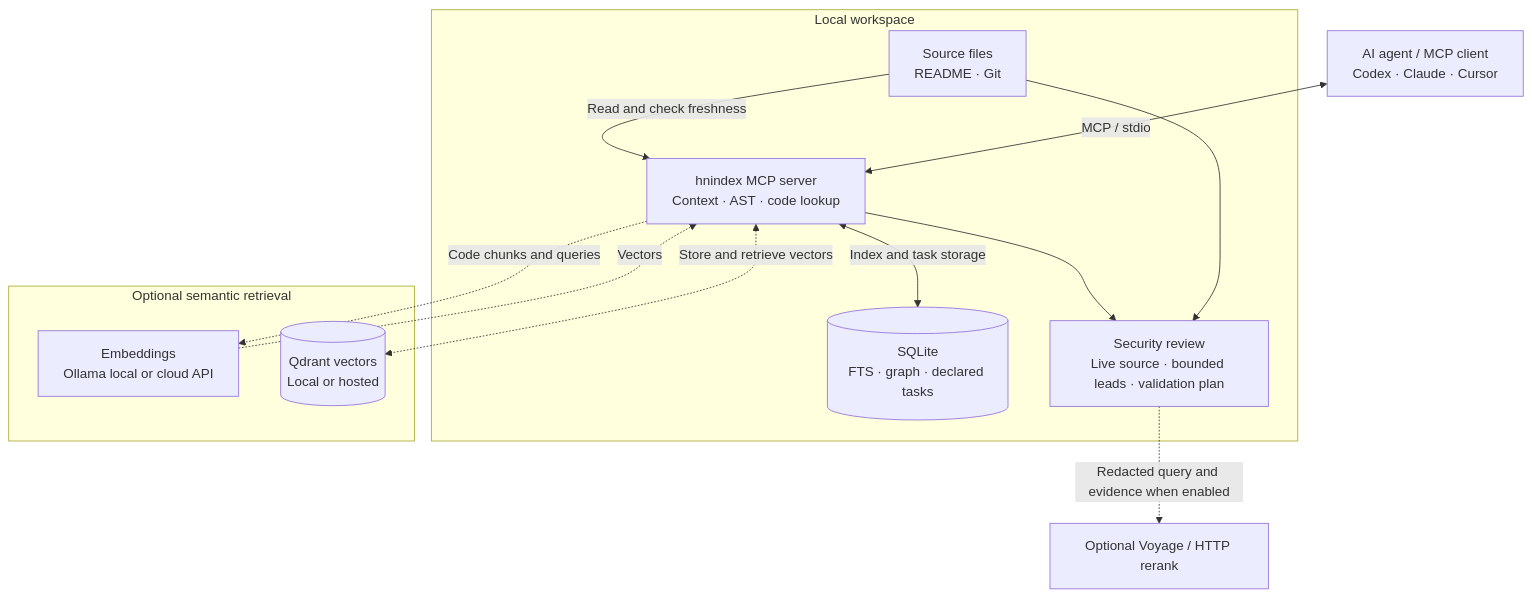
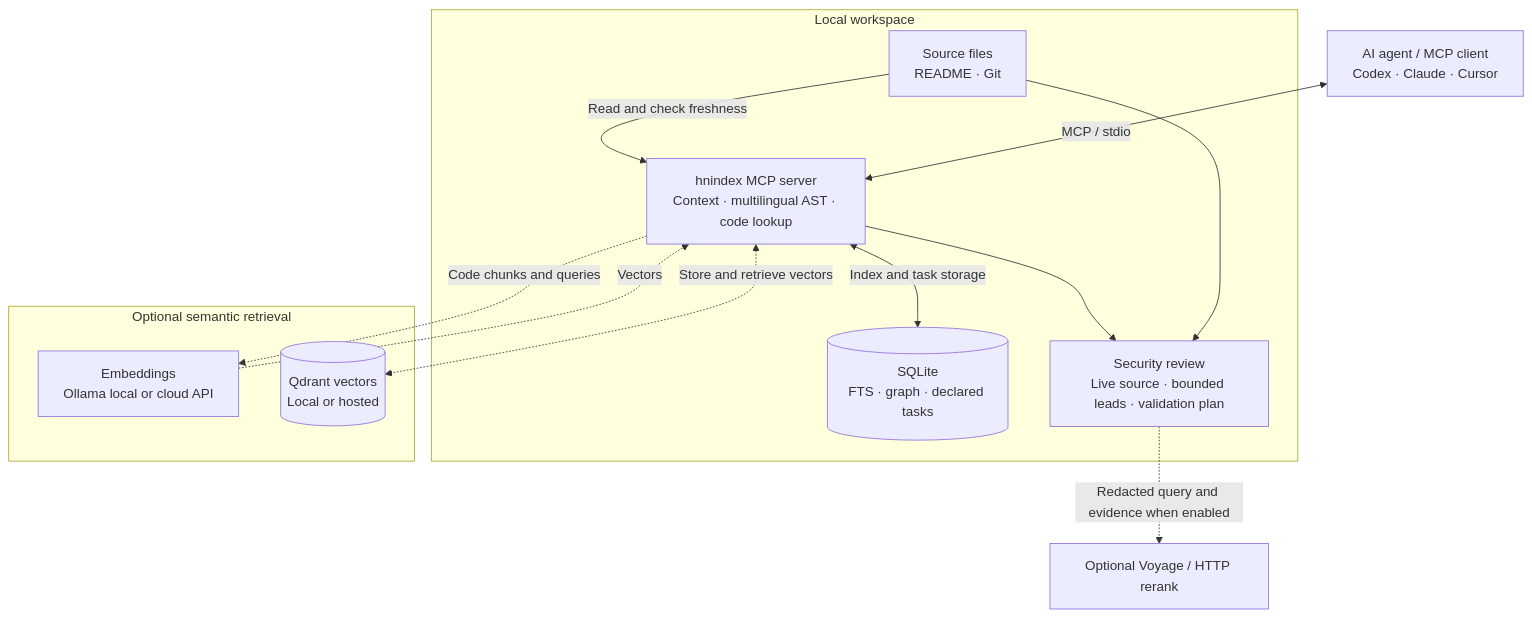
One commit to AndyAnh174/vibe-hnindex changed the first of 3 diagrams in docs/architecture.md. Above: the diagram before and after it, drawn with Mermaid. The commit also changed other lines of this file and 42 other files, not shown here.

Commit message:
feat: v0.16.1 multilingual AST code graph and release synchronization (#25)

````diff
--- a/docs/architecture.md
+++ b/docs/architecture.md
@@ -9,25 +9,25 @@
 ```mermaid
 flowchart TB
     accTitle: hnindex system architecture
     accDescr: An MCP agent calls a local hnindex server with workspace files and SQLite storage. Semantic retrieval optionally uses embeddings and Qdrant.
     agent_client["AI agent / MCP client<br/>Codex · Claude · Cursor"]
     subgraph local_workspace["Local workspace"]
-        hnindex_server["hnindex MCP server<br/>Context · AST · code lookup"]
+        hnindex_server["hnindex MCP server<br/>Context · multilingual AST · code lookup"]
         project_files["Source files<br/>README · Git"]
         sqlite_store[("SQLite<br/>FTS · graph · declared tasks")]
         security_review["Security review<br/>Live source · bounded leads · validation plan"]
         hnindex_server --> security_review
         project_files --> security_review
         project_files -->|Read and check freshness| hnindex_server
         hnindex_server <-->|Index and task storage| sqlite_store
     end
     subgraph semantic_services["Optional semantic retrieval"]
         embedding_provider["Embeddings<br/>Ollama local or cloud API"]
         qdrant_store[("Qdrant vectors<br/>Local or hosted")]
     end
     agent_client <-->|MCP / stdio| hnindex_server
     hnindex_server -.->|Code chunks and queries| embedding_provider
     embedding_provider -.->|Vectors| hnindex_server
     hnindex_server <-.->|Store and retrieve vectors| qdrant_store
     security_review -.->|Redacted query and evidence when enabled| reranker["Optional Voyage / HTTP rerank"]
 ```
````
